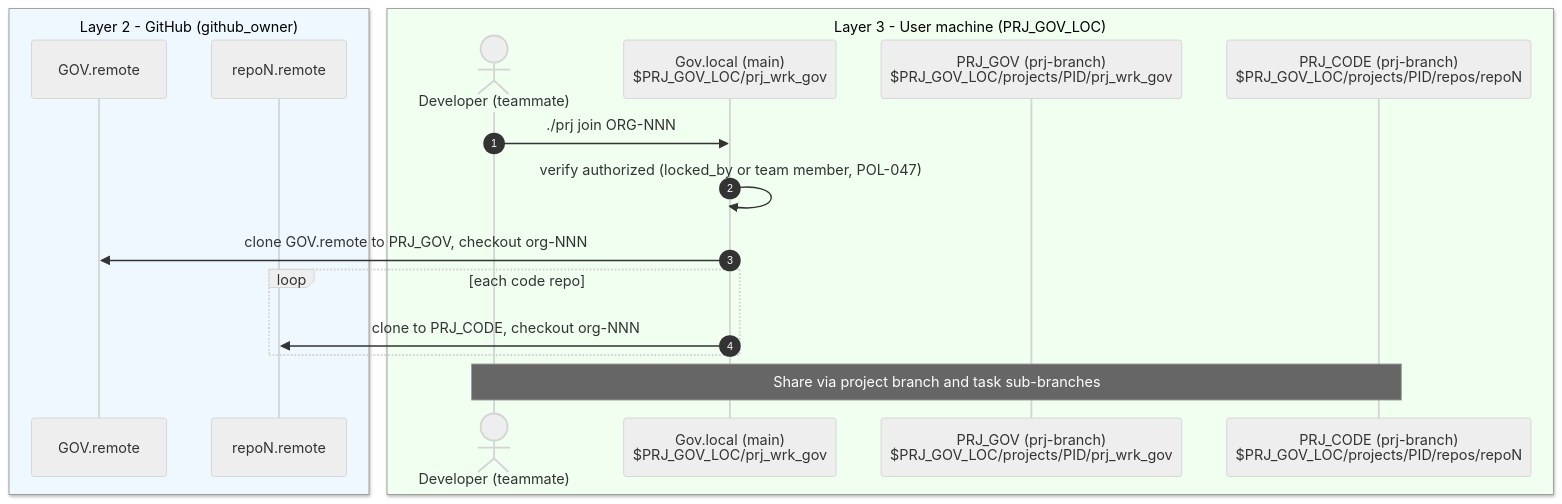
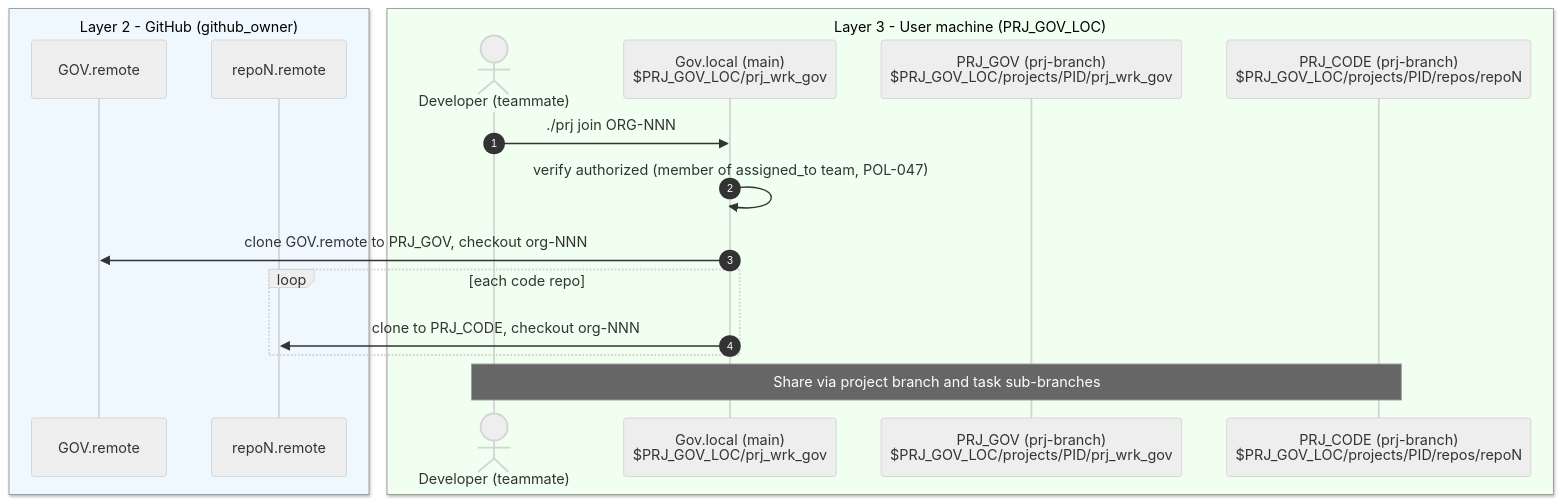
One commit to svayam-opensource/governed-agentic-dev-framework changed diagram 19 of 20 in docs/design/option-2-sequence-diagrams.md. Above: the diagram before and after it, drawn with Mermaid (neutral theme). The commit also changed other lines of this file and 6 other files, not shown here.

````diff
--- a/docs/design/option-2-sequence-diagrams.md
+++ b/docs/design/option-2-sequence-diagrams.md
@@ -745,22 +771,22 @@
 ```mermaid
 sequenceDiagram
     autonumber
     box AliceBlue Layer 2 - GitHub (github_owner)
         participant RG as GOV.remote
         participant RC as repoN.remote
     end
     box Honeydew Layer 3 - User machine (PRJ_GOV_LOC)
         actor Dev2 as Developer (teammate)
         participant GL as Gov.local (main)<br/>$PRJ_GOV_LOC/prj_wrk_gov
         participant PG as PRJ_GOV (prj-branch)<br/>$PRJ_GOV_LOC/projects/PID/prj_wrk_gov
         participant CODE as PRJ_CODE (prj-branch)<br/>$PRJ_GOV_LOC/projects/PID/repos/repoN
     end
 
     Dev2->>GL: ./prj join ORG-NNN
-    GL->>GL: verify authorized (locked_by or team member, POL-047)
+    GL->>GL: verify authorized (member of assigned_to team, POL-047)
     GL->>RG: clone GOV.remote to PRJ_GOV, checkout org-NNN
     loop each code repo
         GL->>RC: clone to PRJ_CODE, checkout org-NNN
     end
     Note over Dev2,CODE: Share via project branch and task sub-branches
 ```
````
